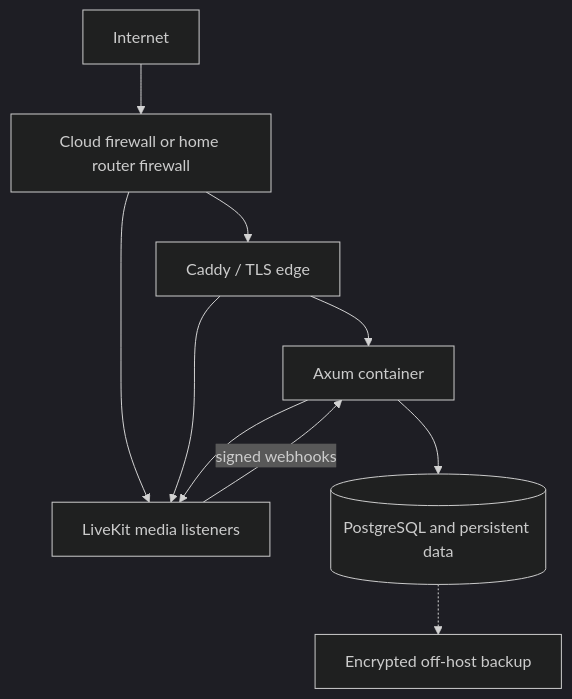
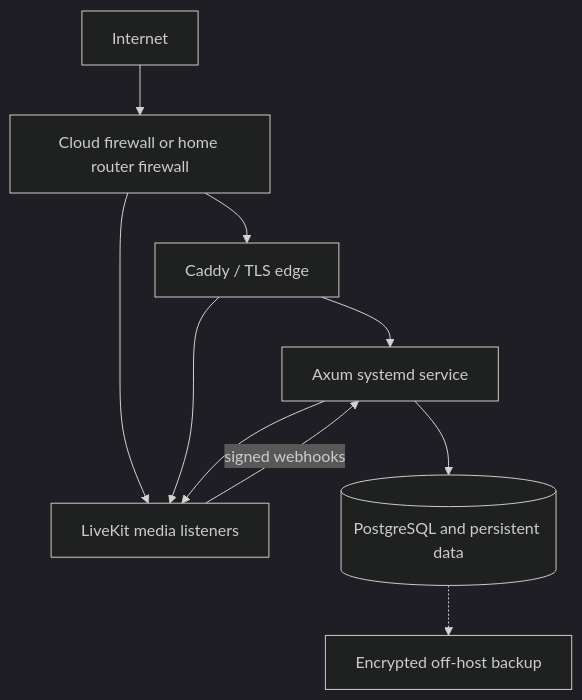
The ninth of 9 diagrams in architecture.md (Antorsrj/Cordel), drawn with Mermaid (dark theme) before and after one commit. The commit also changed other lines of this file and 31 other files, not shown here.

````diff
--- a/architecture.md
+++ b/architecture.md
@@ -266,12 +266,12 @@
 ```mermaid
 flowchart TB
   WAN[Internet] --> FW[Cloud firewall or home router firewall]
   FW --> EDGE[Caddy / TLS edge]
   FW --> LK[LiveKit media listeners]
-  EDGE --> APP[Axum container]
+  EDGE --> APP[Axum systemd service]
   EDGE --> LK
   APP --> PG[(PostgreSQL and persistent data)]
   APP --> LK
   LK -->|signed webhooks| APP
   PG -.-> BACKUP[Encrypted off-host backup]
 ```
````
